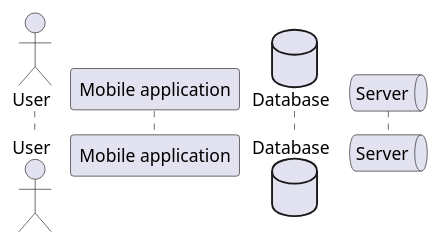
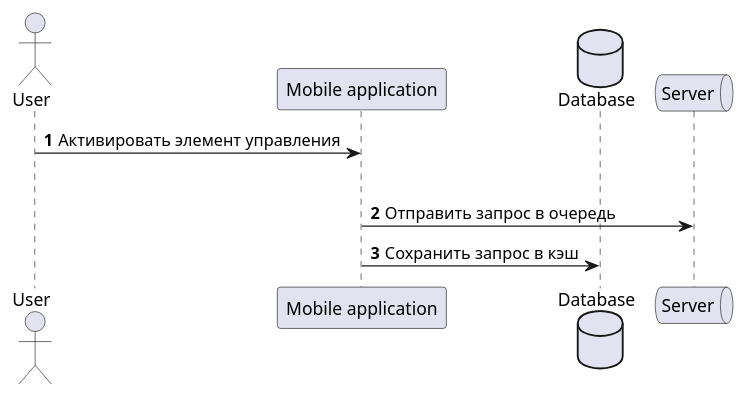
Before and after one commit to PopkovAYu/Notes: the second of 2 diagrams in Notes/Notes/Системная аналитика/Курсы от нетологии/Раздел 3. Анализ требований/9. Диаграммы деятельности и последовательности.md, drawn with PlantUML.

Commit message:
vault backup: 2024-04-23 17:43:40
Affected files:
Notes/Notes/Системная аналитика/Курсы от нетологии/Раздел 3. Анализ требований/9. Диаграммы деятельности и последовательности.md

````diff
--- a/Notes/Notes/Системная аналитика/Курсы от нетологии/Раздел 3. Анализ требований/9. Диаграммы деятельности и последовательности.md
+++ b/Notes/Notes/Системная аналитика/Курсы от нетологии/Раздел 3. Анализ требований/9. Диаграммы деятельности и последовательности.md
@@ -66,10 +66,16 @@
 ```plantuml
 @startuml
 
 actor User as user
 participant "Mobile application" as app
 database Database as db
 queue Server as server
 
+autonumber
+user -> app : Активировать элемент управления
+par
+	app -> server : Отправить запрос в очередь
+	app -> db : Сохранить запрос в кэш
+
 @enduml
 ```
````
